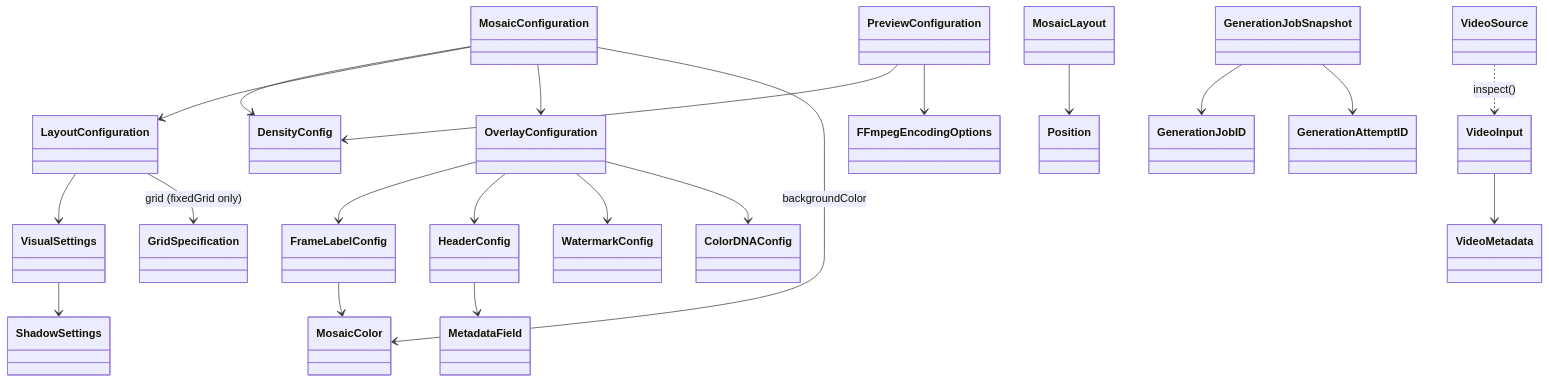
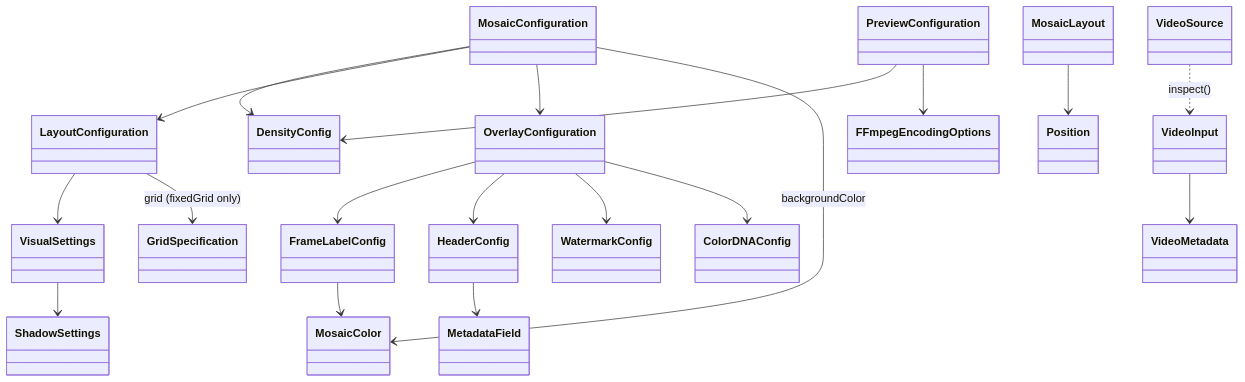
Before and after one commit to fdenis75/MosaicKit: the diagram in codebase-analysis-docs/assets/model-schema.mmd, drawn with Mermaid. The commit also changed 42 other files, not shown here.

```diff
--- a/codebase-analysis-docs/assets/model-schema.mmd
+++ b/codebase-analysis-docs/assets/model-schema.mmd
@@ -1,22 +1,20 @@
 %% MosaicKit – Codable model graph (the persisted "schema"); enum-typed fields omitted. See CODEBASE_KNOWLEDGE.md §5.3
 classDiagram
   MosaicConfiguration --> DensityConfig
   MosaicConfiguration --> LayoutConfiguration
   MosaicConfiguration --> OverlayConfiguration
   MosaicConfiguration --> MosaicColor : backgroundColor
   LayoutConfiguration --> VisualSettings
   LayoutConfiguration --> GridSpecification : grid (fixedGrid only)
   VisualSettings --> ShadowSettings
   OverlayConfiguration --> FrameLabelConfig
   OverlayConfiguration --> HeaderConfig
   OverlayConfiguration --> WatermarkConfig
   OverlayConfiguration --> ColorDNAConfig
   HeaderConfig --> MetadataField
   FrameLabelConfig --> MosaicColor
   PreviewConfiguration --> DensityConfig
   PreviewConfiguration --> FFmpegEncodingOptions
   VideoSource ..> VideoInput : inspect()
   VideoInput --> VideoMetadata
   MosaicLayout --> Position
-  GenerationJobSnapshot --> GenerationJobID
-  GenerationJobSnapshot --> GenerationAttemptID
```
